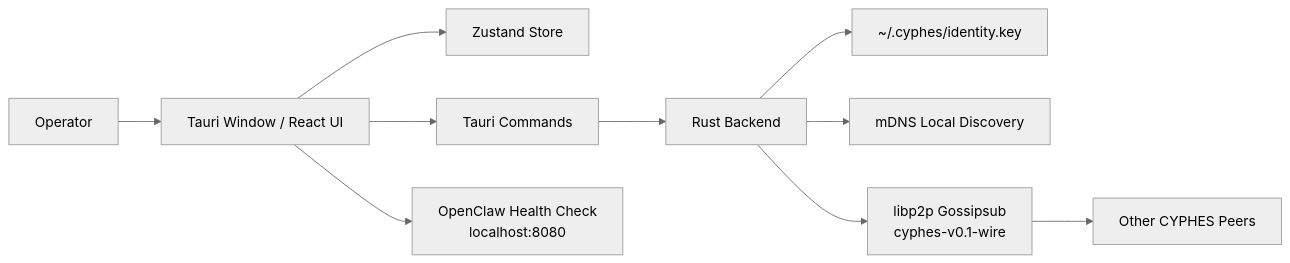
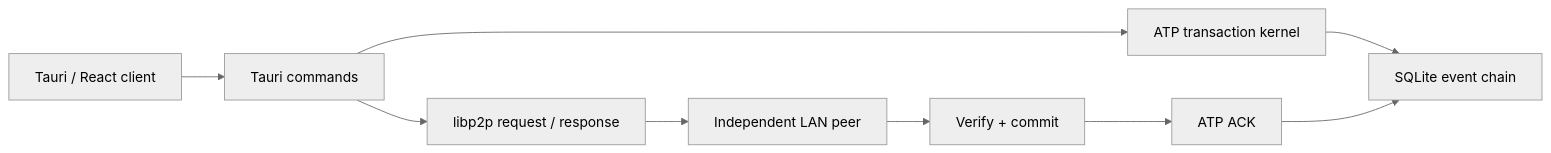
One commit to CYPHES-ATP/Node changed the diagram in README.md. Above: the diagram before and after it, drawn with Mermaid (neutral theme). The commit also changed other lines of this file and 52 other files, not shown here.

````diff
--- a/README.md
+++ b/README.md
@@ -125,12 +129,11 @@
 ```mermaid
 flowchart LR
-  User["Operator"] --> UI["Tauri Window / React UI"]
-  UI --> Store["Zustand Store"]
-  UI --> Commands["Tauri Commands"]
-  UI --> OpenClaw["OpenClaw Health Check<br/>localhost:8080"]
-  Commands --> Rust["Rust Backend"]
-  Rust --> Identity["~/.cyphes/identity.key"]
-  Rust --> Mdns["mDNS Local Discovery"]
-  Rust --> Wire["libp2p Gossipsub<br/>cyphes-v0.1-wire"]
-  Wire --> Peers["Other CYPHES Peers"]
+    UI["Tauri / React client"] --> CMD["Tauri commands"]
+    CMD --> ATP["ATP transaction kernel"]
+    ATP --> DB["SQLite event chain"]
+    CMD --> NET["libp2p request / response"]
+    NET --> PEER["Independent LAN peer"]
+    PEER --> VERIFY["Verify + commit"]
+    VERIFY --> ACK["ATP ACK"]
+    ACK --> DB
 ```
````
